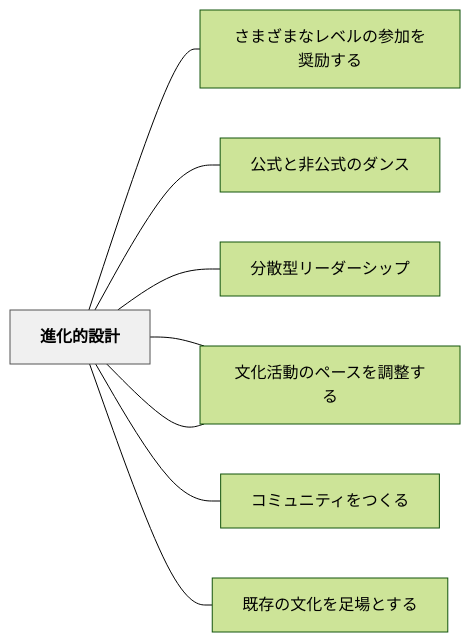
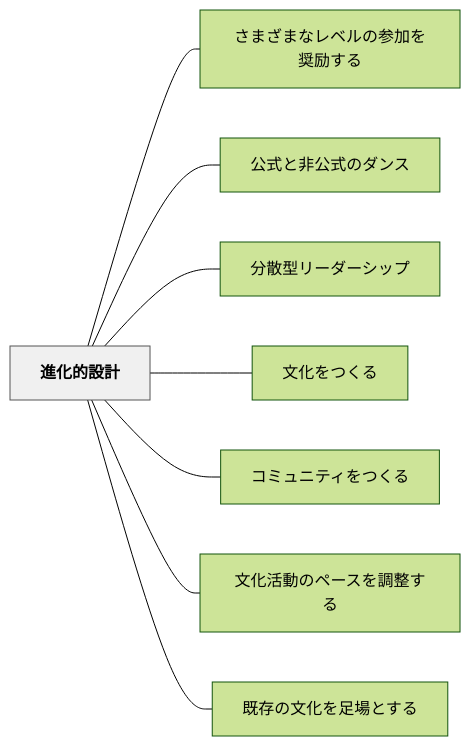
One commit to unknownthings-ed-patterns/unknownthings-ed-patterns changed the diagram in content/パタン/進化的設計.md. Above: the diagram before and after it, drawn with Mermaid (forest theme). The commit also changed 527 other files, not shown here.

````diff
--- a/content/パタン/進化的設計.md
+++ b/content/パタン/進化的設計.md
@@ -57,22 +57,22 @@
 ```mermaid
 flowchart LR
-    ne980b2e58c96["進化的設計"]
-    ne38195e381be["さまざまなレベルの参加を奨励する"]
-    ne585ace5bc8f["公式と非公式のダンス"]
-    ne58886e695a3["分散型リーダーシップ"]
-    ne69687e58c96["文化をつくる"]
-    ne382b3e3839f["コミュニティをつくる"]
-    ne69687e58c96["文化活動のペースを調整する"]
-    ne697a2e5ad98["既存の文化を足場とする"]
+    ne980b2e58c96e79a84e8a8ade8a888["進化的設計"]
+    ne38195e381bee38196e381bee381aae383ace38399e383abe381aee58f82e58aa0e38292e5a5a8e58ab1e38199e3828b["さまざまなレベルの参加を奨励する"]
+    ne585ace5bc8fe381a8e99d9ee585ace5bc8fe381aee38380e383b3e382b9["公式と非公式のダンス"]
+    ne58886e695a3e59e8be383aae383bce38380e383bce382b7e38383e38397["分散型リーダーシップ"]
+    ne69687e58c96e38292e381a4e3818fe3828b["文化をつくる"]
+    ne382b3e3839fe383a5e3838be38386e382a3e38292e381a4e3818fe3828b["コミュニティをつくる"]
+    ne69687e58c96e6b4bbe58b95e381aee3839ae383bce382b9e38292e8aabfe695b4e38199e3828b["文化活動のペースを調整する"]
+    ne697a2e5ad98e381aee69687e58c96e38292e8b6b3e5a0b4e381a8e38199e3828b["既存の文化を足場とする"]
 
-    ne980b2e58c96 --- ne38195e381be
-    ne980b2e58c96 --- ne585ace5bc8f
-    ne980b2e58c96 --- ne58886e695a3
-    ne980b2e58c96 --- ne69687e58c96
-    ne980b2e58c96 --- ne382b3e3839f
-    ne980b2e58c96 --- ne69687e58c96
-    ne980b2e58c96 --- ne697a2e5ad98
+    ne980b2e58c96e79a84e8a8ade8a888 --- ne38195e381bee38196e381bee381aae383ace38399e383abe381aee58f82e58aa0e38292e5a5a8e58ab1e38199e3828b
+    ne980b2e58c96e79a84e8a8ade8a888 --- ne585ace5bc8fe381a8e99d9ee585ace5bc8fe381aee38380e383b3e382b9
+    ne980b2e58c96e79a84e8a8ade8a888 --- ne58886e695a3e59e8be383aae383bce38380e383bce382b7e38383e38397
+    ne980b2e58c96e79a84e8a8ade8a888 --- ne69687e58c96e38292e381a4e3818fe3828b
+    ne980b2e58c96e79a84e8a8ade8a888 --- ne382b3e3839fe383a5e3838be38386e382a3e38292e381a4e3818fe3828b
+    ne980b2e58c96e79a84e8a8ade8a888 --- ne69687e58c96e6b4bbe58b95e381aee3839ae383bce382b9e38292e8aabfe695b4e38199e3828b
+    ne980b2e58c96e79a84e8a8ade8a888 --- ne697a2e5ad98e381aee69687e58c96e38292e8b6b3e5a0b4e381a8e38199e3828b
 
     classDef hub fill:#f0f0f0,stroke:#555,color:#000,font-weight:bold
-    class ne980b2e58c96 hub
+    class ne980b2e58c96e79a84e8a8ade8a888 hub
 ```
````
